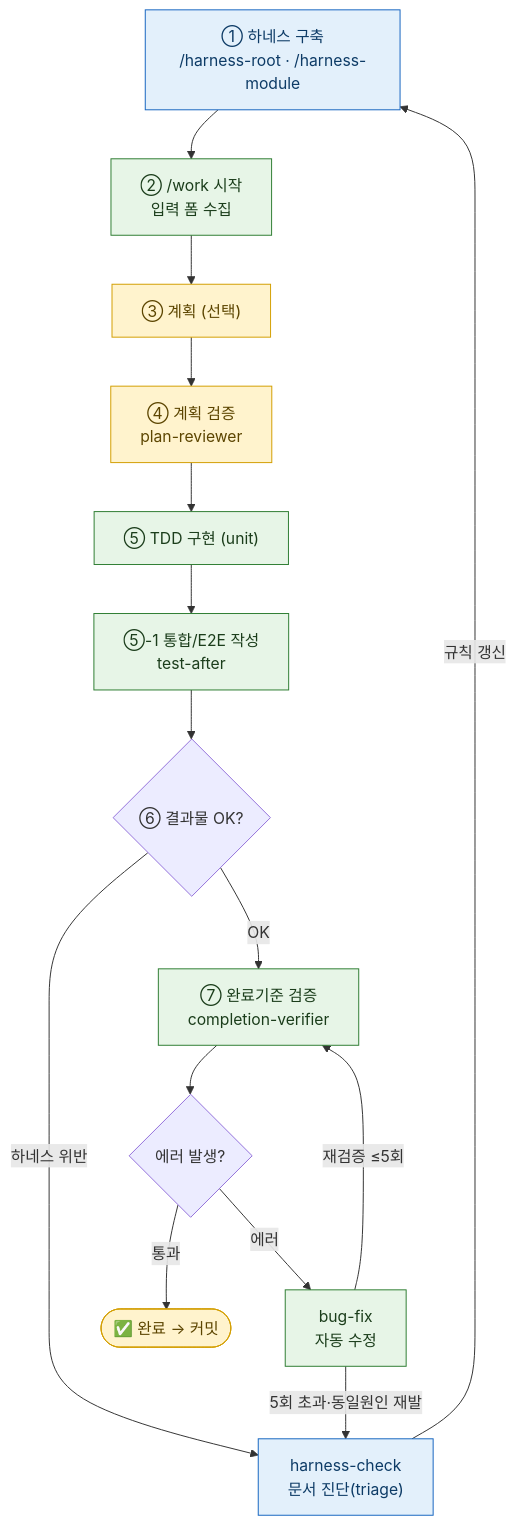
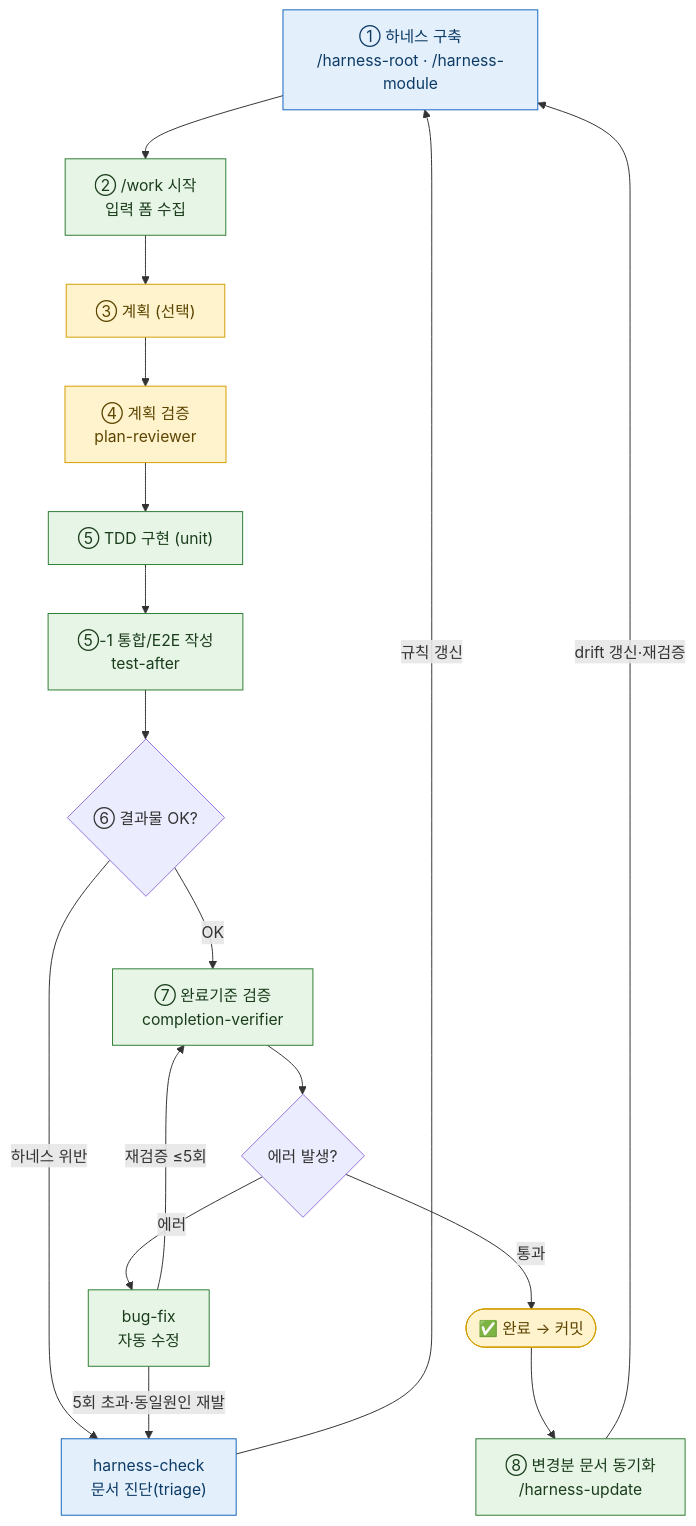
The diagram in README.md (yunjeLee/yeoboya_harness_plugin), drawn with Mermaid before and after one commit.

````diff
--- a/README.md
+++ b/README.md
@@ -79,24 +79,26 @@
 ```mermaid
 flowchart TD
     H["① 하네스 구축<br/>/harness-root · /harness-module"]:::harness
     H --> W["② /work 시작<br/>입력 폼 수집"]:::auto
     W --> P["③ 계획 (선택)"]:::gate
     P --> PR["④ 계획 검증<br/>plan-reviewer"]:::gate
     PR --> TDD["⑤ TDD 구현 (unit)"]:::auto
     TDD --> IT["⑤-1 통합/E2E 작성<br/>test-after"]:::auto
     IT --> Q{"⑥ 결과물 OK?"}
     Q -->|하네스 위반| HC
     Q -->|OK| CRI["⑦ 완료기준 검증<br/>completion-verifier"]:::auto
     CRI --> Q2{에러 발생?}
     Q2 -->|에러| BF["bug-fix<br/>자동 수정"]:::auto
     BF -->|재검증 ≤5회| CRI
     Q2 -->|통과| DONE([✅ 완료 → 커밋]):::gate
+    DONE --> HU["⑧ 변경분 문서 동기화<br/>/harness-update"]:::auto
+    HU -->|drift 갱신·재검증| H
 
     BF -->|5회 초과·동일원인 재발| HC
     HC["harness-check<br/>문서 진단(triage)"]:::harness
     HC -->|규칙 갱신| H
 
     classDef auto fill:#e7f5e7,stroke:#2e7d32,color:#1b3d1b
     classDef gate fill:#fff3cd,stroke:#d39e00,color:#5c4500
     classDef harness fill:#e3f0fb,stroke:#1565c0,color:#0d3b66
 ```
````
